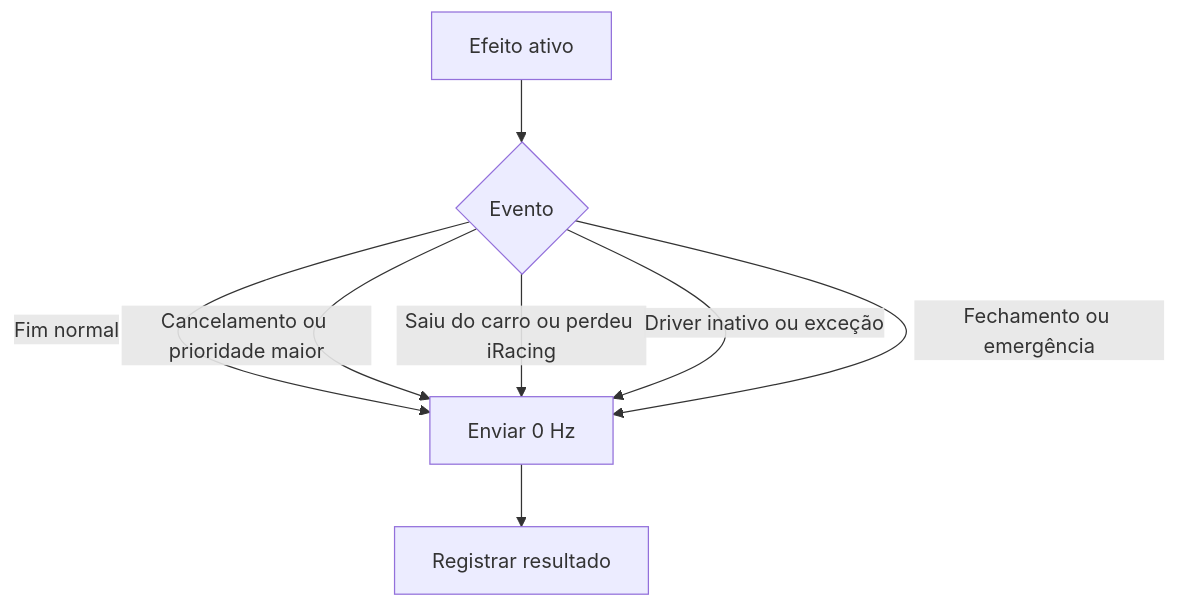
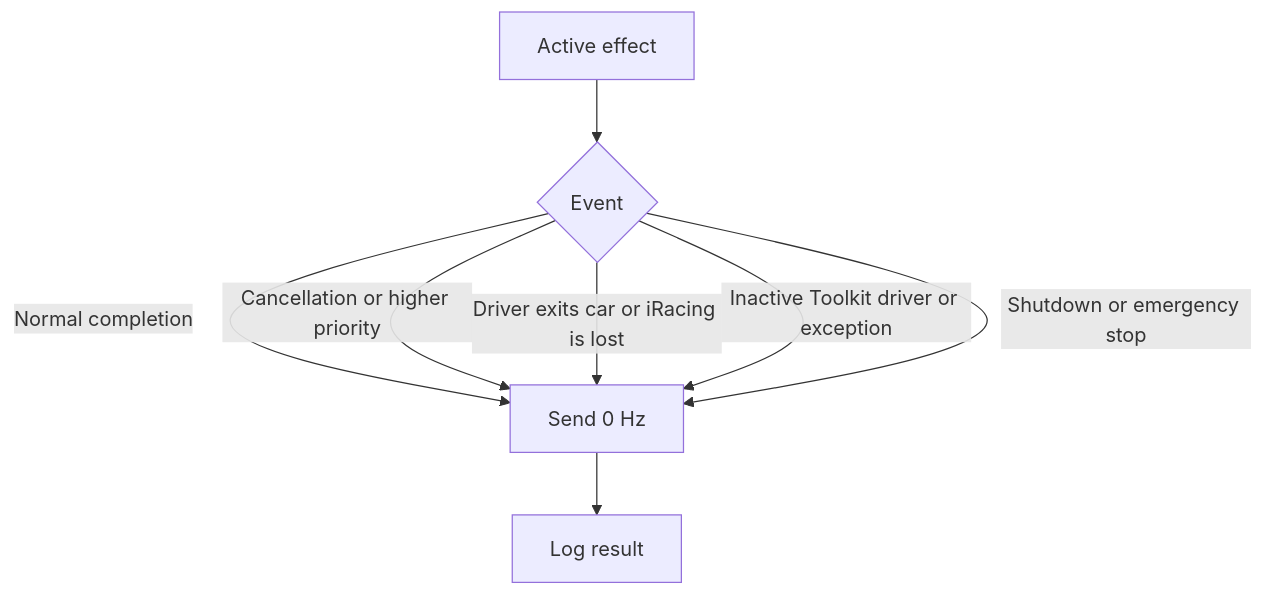
The second of 2 diagrams in docs/ARCHITECTURE.md (nishizumi-maho/PSVR2-iRacing-Haptics), drawn with Mermaid before and after one commit. The commit also changed other lines of this file and 35 other files, not shown here.

````diff
--- a/docs/ARCHITECTURE.md
+++ b/docs/ARCHITECTURE.md
@@ -44,10 +52,10 @@
 ```mermaid
 flowchart TD
-    A["Efeito ativo"] --> B{"Evento"}
-    B -->|"Fim normal"| C["Enviar 0 Hz"]
-    B -->|"Cancelamento ou prioridade maior"| C
-    B -->|"Saiu do carro ou perdeu iRacing"| C
-    B -->|"Driver inativo ou exceção"| C
-    B -->|"Fechamento ou emergência"| C
-    C --> D["Registrar resultado"]
+    A["Active effect"] --> B{"Event"}
+    B -->|"Normal completion"| C["Send 0 Hz"]
+    B -->|"Cancellation or higher priority"| C
+    B -->|"Driver exits car or iRacing is lost"| C
+    B -->|"Inactive Toolkit driver or exception"| C
+    B -->|"Shutdown or emergency stop"| C
+    C --> D["Log result"]
 ```
````
